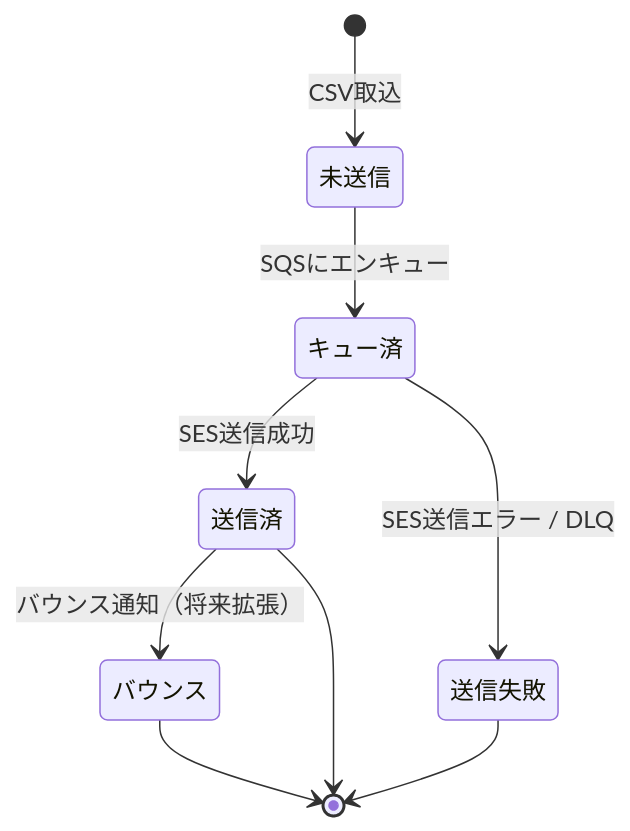
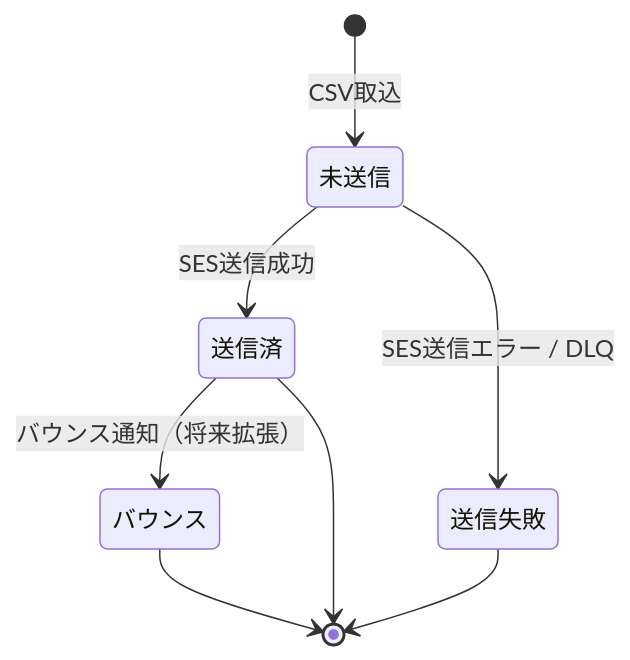
One commit to muratariku0903/mass-emailing changed the second of 5 diagrams in docs/00-overview.md. Above: the diagram before and after it, drawn with Mermaid. The commit also changed other lines of this file and 2 other files, not shown here.

Commit message:
宛先ステータスからキュー済を廃止
未送信・送信済・送信失敗の3ステータスに簡略化。
SQSエンキュー時のステータス更新を不要にし、
送信Lambda側でSES送信後に直接ステータスを更新する方式に変更。

````diff
--- a/docs/00-overview.md
+++ b/docs/00-overview.md
@@ -57,14 +56,13 @@
 ```mermaid
 stateDiagram-v2
     [*] --> 未送信 : CSV取込
 
-    未送信 --> キュー済 : SQSにエンキュー
-    キュー済 --> 送信済 : SES送信成功
-    キュー済 --> 送信失敗 : SES送信エラー / DLQ
+    未送信 --> 送信済 : SES送信成功
+    未送信 --> 送信失敗 : SES送信エラー / DLQ
 
     送信済 --> バウンス : バウンス通知（将来拡張）
 
     送信済 --> [*]
     送信失敗 --> [*]
     バウンス --> [*]
 ```
````
